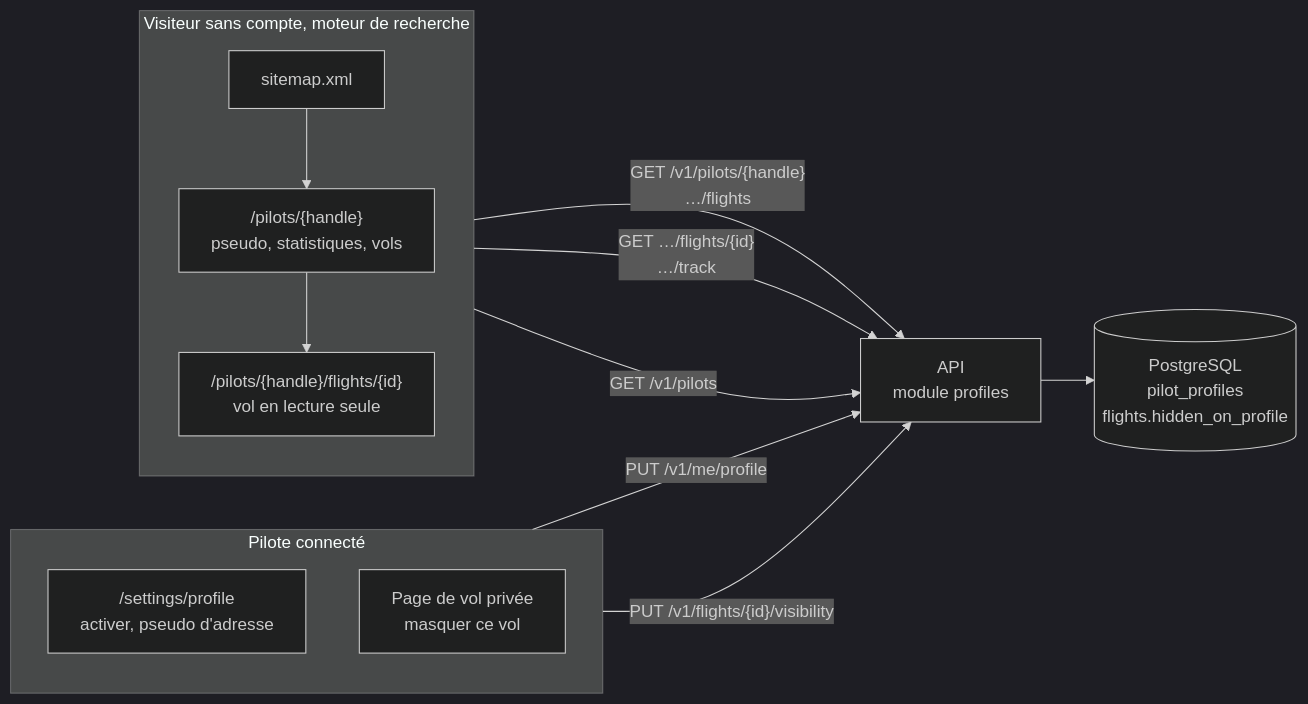
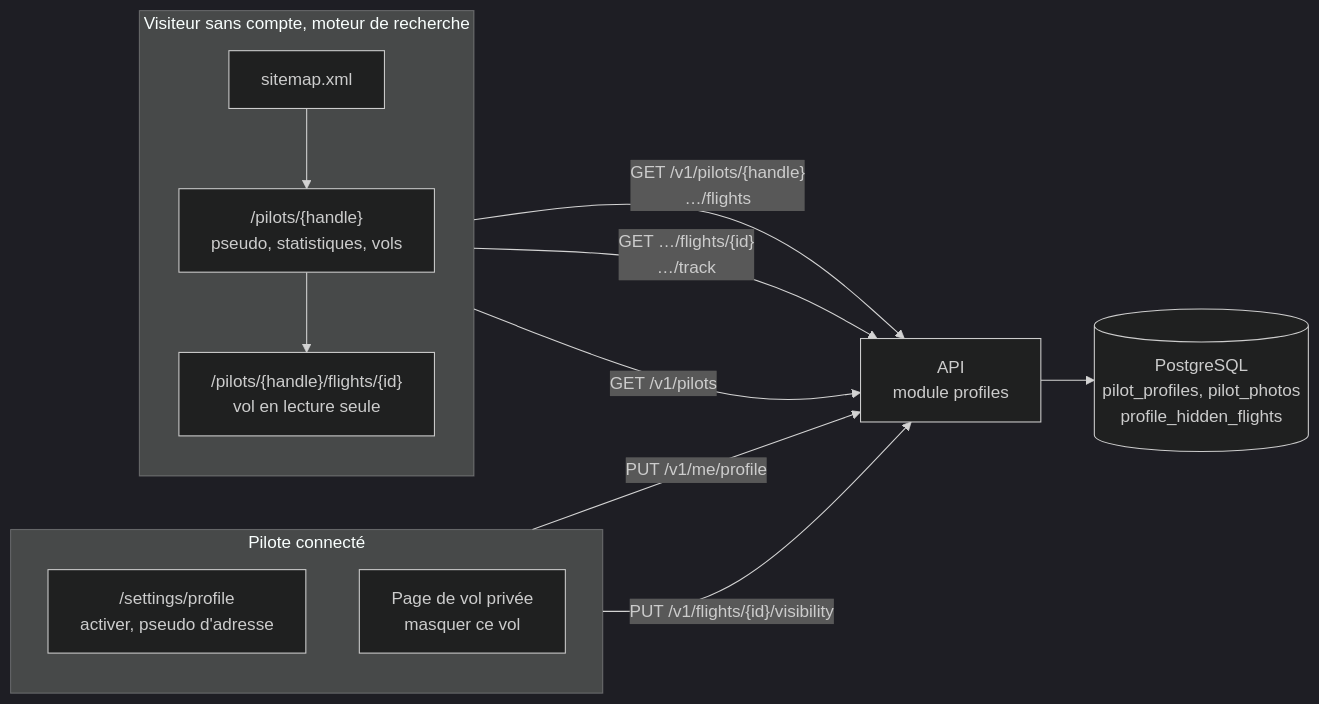
Before and after one commit to tetardo/weems: the diagram in docs/schemas/j4-profil-public.mmd, drawn with Mermaid (dark theme). The commit also changed 40 other files, not shown here.

```diff
--- a/docs/schemas/j4-profil-public.mmd
+++ b/docs/schemas/j4-profil-public.mmd
@@ -1,20 +1,20 @@
 flowchart LR
   subgraph PILOTE["Pilote connecté"]
     direction TB
     SET["/settings/profile<br/>activer, pseudo d'adresse"]
     HIDE["Page de vol privée<br/>masquer ce vol"]
   end
   subgraph VISITEUR["Visiteur sans compte, moteur de recherche"]
     direction TB
     PROF["/pilots/{handle}<br/>pseudo, statistiques, vols"]
     VOL["/pilots/{handle}/flights/{id}<br/>vol en lecture seule"]
     MAP["sitemap.xml"]
     PROF --> VOL
     MAP --> PROF
   end
   SET -- "PUT /v1/me/profile" --> API["API<br/>module profiles"]
   HIDE -- "PUT /v1/flights/{id}/visibility" --> API
   PROF -- "GET /v1/pilots/{handle}<br/>…/flights" --> API
   VOL -- "GET …/flights/{id}<br/>…/track" --> API
   MAP -- "GET /v1/pilots" --> API
-  API --> DB[("PostgreSQL<br/>pilot_profiles<br/>flights.hidden_on_profile")]
+  API --> DB[("PostgreSQL<br/>pilot_profiles, pilot_photos<br/>profile_hidden_flights")]
```
